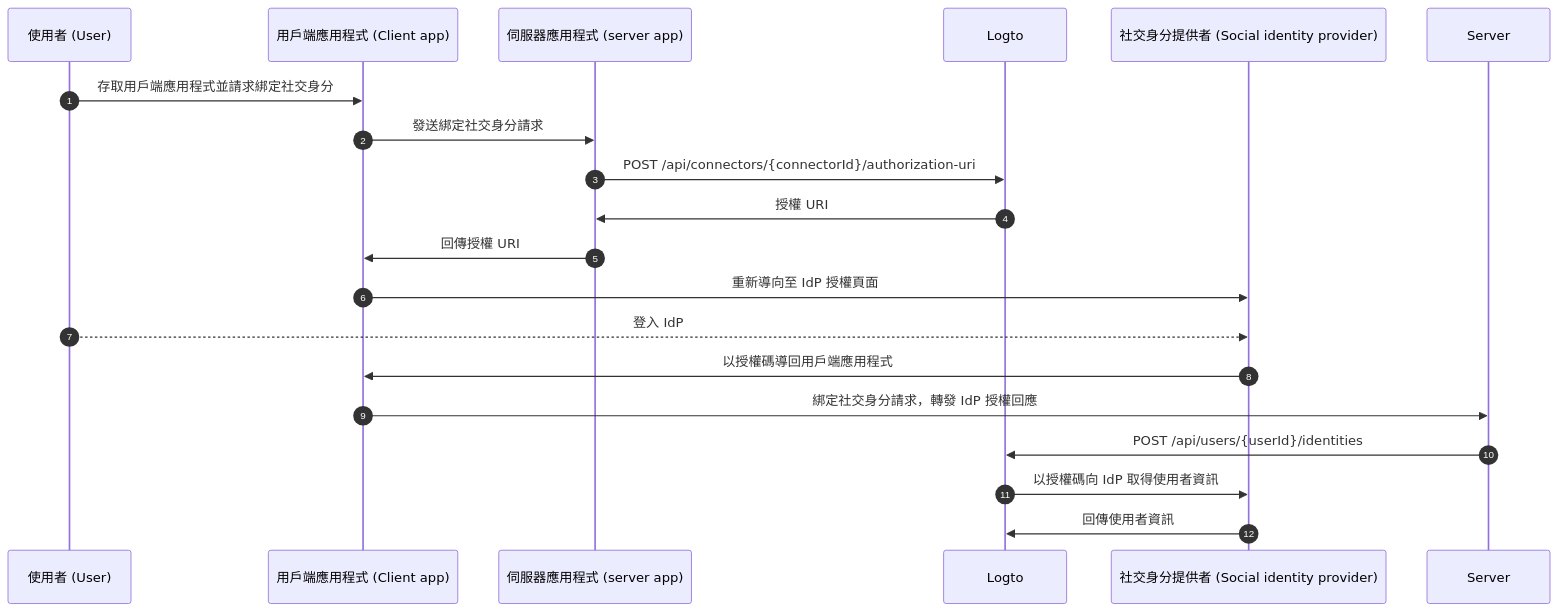
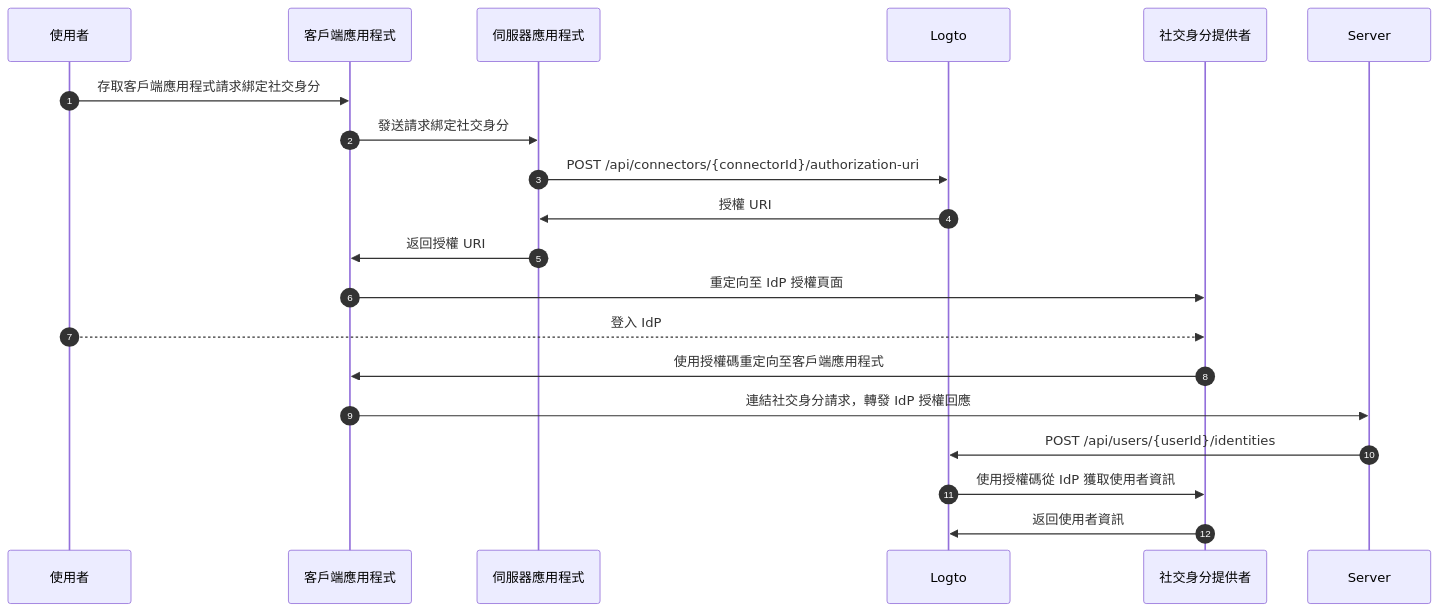
One commit to logto-io/docs changed the third of 3 diagrams in i18n/zh-TW/docusaurus-plugin-content-docs/current/end-user-flows/account-settings/by-management-api.mdx. Above: the diagram before and after it, drawn with Mermaid. The commit also changed other lines of this file and 102 other files, not shown here.

````diff
--- a/i18n/zh-TW/docusaurus-plugin-content-docs/current/end-user-flows/account-settings/by-management-api.mdx
+++ b/i18n/zh-TW/docusaurus-plugin-content-docs/current/end-user-flows/account-settings/by-management-api.mdx
@@ -120,22 +120,22 @@
 ```mermaid
 sequenceDiagram
     autoNumber
-    participant User as 使用者 (User)
-    participant Client as 用戶端應用程式 (Client app)
-    participant App as 伺服器應用程式 (server app)
+    participant User as 使用者
+    participant Client as 客戶端應用程式
+    participant App as 伺服器應用程式
     participant Logto as Logto
-    participant IdP as 社交身分提供者 (Social identity provider)
+    participant IdP as 社交身分提供者
 
-    User ->> Client: 存取用戶端應用程式並請求綁定社交身分
-    Client ->> App: 發送綁定社交身分請求
+    User ->> Client: 存取客戶端應用程式請求綁定社交身分
+    Client ->> App: 發送請求綁定社交身分
     App ->> Logto: POST /api/connectors/{connectorId}/authorization-uri
     Logto ->> App: 授權 URI
-    App ->> Client: 回傳授權 URI
-    Client ->> IdP: 重新導向至 IdP 授權頁面
+    App ->> Client: 返回授權 URI
+    Client ->> IdP: 重定向至 IdP 授權頁面
     User -->> IdP: 登入 IdP
-    IdP ->> Client: 以授權碼導回用戶端應用程式
-    Client ->> Server: 綁定社交身分請求，轉發 IdP 授權回應
+    IdP ->> Client: 使用授權碼重定向至客戶端應用程式
+    Client ->> Server: 連結社交身分請求，轉發 IdP 授權回應
     Server ->> Logto: POST /api/users/{userId}/identities
-    Logto ->> IdP: 以授權碼向 IdP 取得使用者資訊
-    IdP ->> Logto: 回傳使用者資訊
+    Logto ->> IdP: 使用授權碼從 IdP 獲取使用者資訊
+    IdP ->> Logto: 返回使用者資訊
 ```
````
